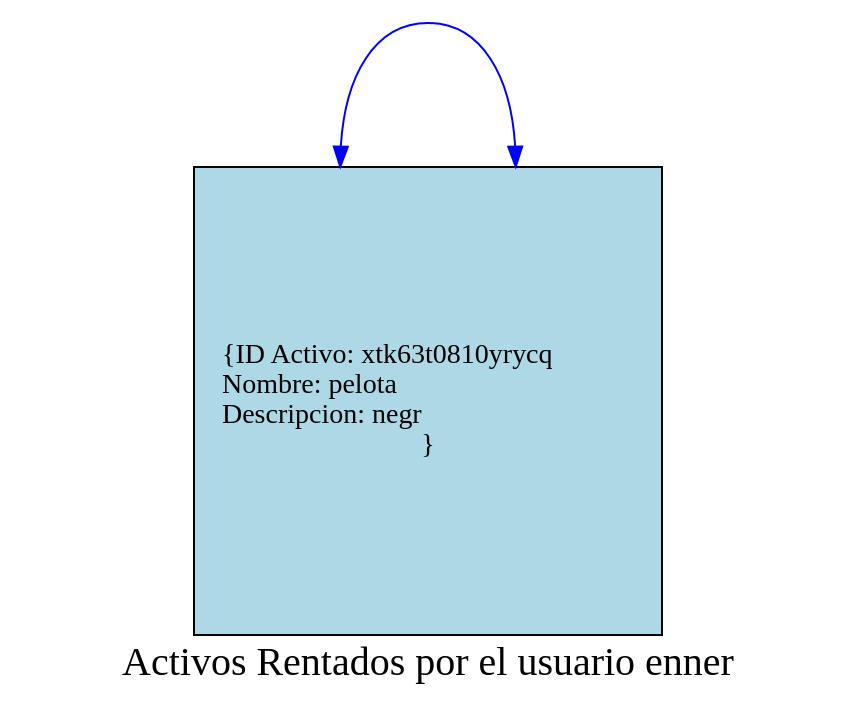
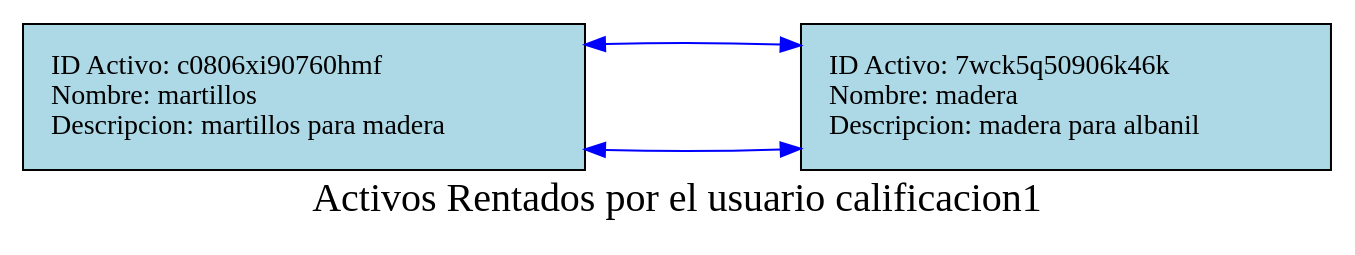
Before and after one commit to Ennero/EDD_Proyecto1_Vacas2_202302220: the diagram in Proyecto1/cmake-build-debug/ReporteActivosRentados.dot, drawn with Graphviz. The commit also changed 16 other files, not shown here.

```diff
--- a/Proyecto1/cmake-build-debug/ReporteActivosRentados.dot
+++ b/Proyecto1/cmake-build-debug/ReporteActivosRentados.dot
@@ -1,8 +1,10 @@
 digraph listitata {
-rankdir=LR;node [shape=square, style=filled, fillcolor=lightblue, margin=0.2];
+rankdir=LR;node [shape=record, style=filled, fillcolor=lightblue, margin=0.2];
 edge [style=solid, color=blue];
 graph [ranksep=1.5, nodesep=1];
-graph [label="Activos Rentados por el usuario enner", fontsize=20, fontcolor=black];
-"xtk63t0810yrycq" [label="{ID Activo: xtk63t0810yrycq\lNombre: pelota\lDescripcion: negr\l}"];
-"xtk63t0810yrycq" -> "xtk63t0810yrycq"[dir=both];
+graph [label="Activos Rentados por el usuario calificacion1", fontsize=20, fontcolor=black];
+"c0806xi90760hmf" [label="{ID Activo: c0806xi90760hmf\lNombre: martillos\lDescripcion: martillos para madera\l}"];
+"c0806xi90760hmf" -> "7wck5q50906k46k"[dir=both];
+"7wck5q50906k46k" [label="{ID Activo: 7wck5q50906k46k\lNombre: madera\lDescripcion: madera para albanil\l}"];
+"7wck5q50906k46k" -> "c0806xi90760hmf"[dir=both];
 }
```
